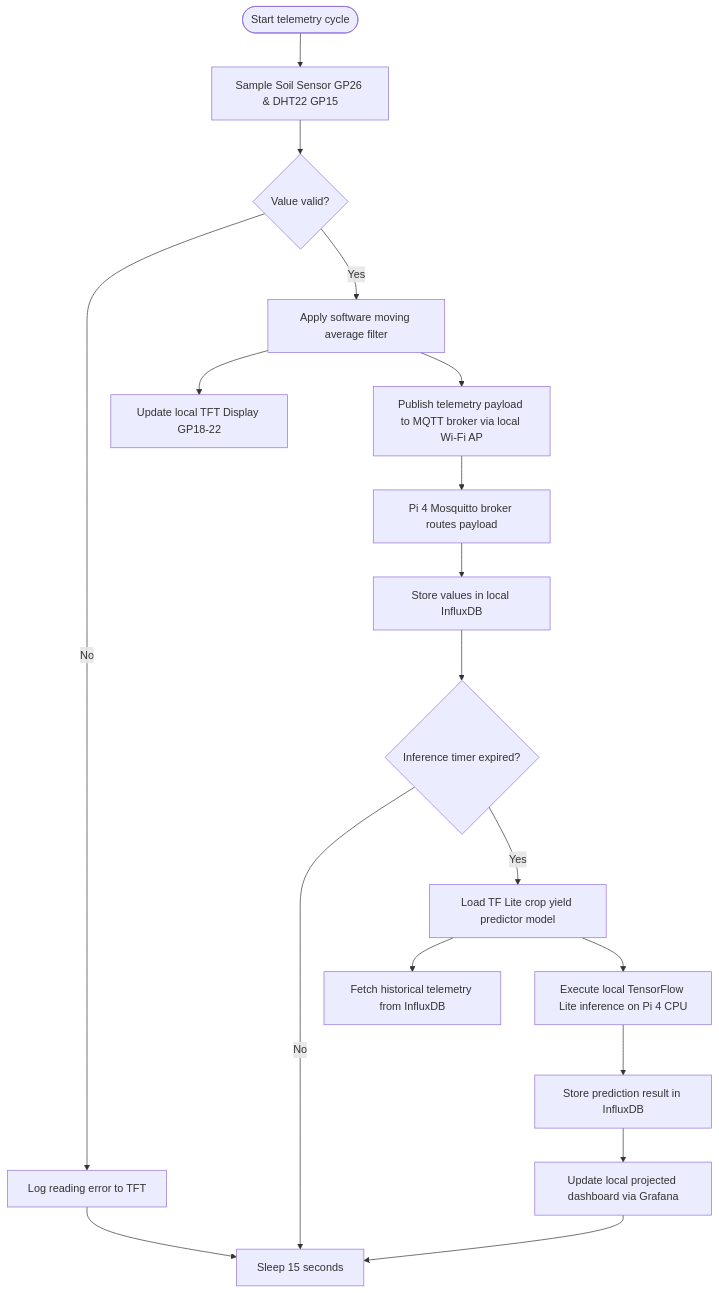
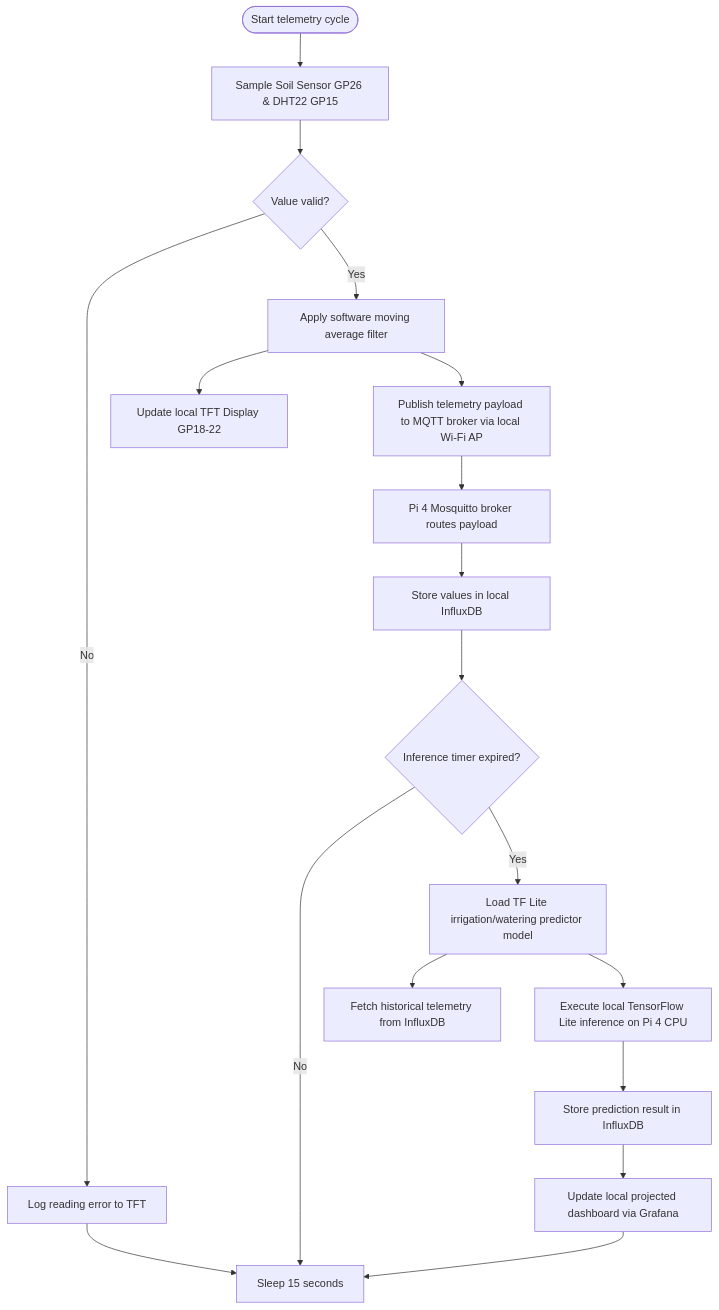
The third of 5 diagrams in 2026-03-30 Mon 0833 Chapters/2026-05-13 Wed 1220 Version 2026-05-13 Wed 1246/2026-05-29 1355 3.4 System Design.md (pmd742omni/2026-02-15-Sun-2055-Modular-Adaptive-Data-Node--MAD---Node--for-Dynamic-Value-Systems), drawn with Mermaid before and after one commit. The commit also changed other lines of this file and 12 other files, not shown here.

````diff
--- a/2026-03-30 Mon 0833 Chapters/2026-05-13 Wed 1220 Version 2026-05-13 Wed 1246/2026-05-29 1355 3.4 System Design.md
+++ b/2026-03-30 Mon 0833 Chapters/2026-05-13 Wed 1220 Version 2026-05-13 Wed 1246/2026-05-29 1355 3.4 System Design.md
@@ -170,19 +170,19 @@
 ```mermaid
 flowchart TD
     Start([Start telemetry cycle]) --> Sample[Sample Soil Sensor GP26 & DHT22 GP15]
     Sample --> Check{Value valid?}
     Check -- No --> LogErr[Log reading error to TFT] --> Sleep[Sleep 15 seconds]
     Check -- Yes --> Filter[Apply software moving average filter]
     Filter --> DisplayTFT[Update local TFT Display GP18-22]
     Filter --> PubMQTT[Publish telemetry payload to MQTT broker via local Wi-Fi AP]
     PubMQTT --> BrokerRecv[Pi 4 Mosquitto broker routes payload]
     BrokerRecv --> DBWrite[Store values in local InfluxDB]
     DBWrite --> Infer{Inference timer expired?}
     Infer -- No --> Sleep
-    Infer -- Yes --> Predict[Load TF Lite crop yield predictor model]
+    Infer -- Yes --> Predict[Load TF Lite irrigation/watering predictor model]
     Predict --> DBQuery[Fetch historical telemetry from InfluxDB]
     Predict --> Execute[Execute local TensorFlow Lite inference on Pi 4 CPU]
     Execute --> StorePredict[Store prediction result in InfluxDB]
     StorePredict --> ProjDisplay[Update local projected dashboard via Grafana]
     ProjDisplay --> Sleep
 ```
````
